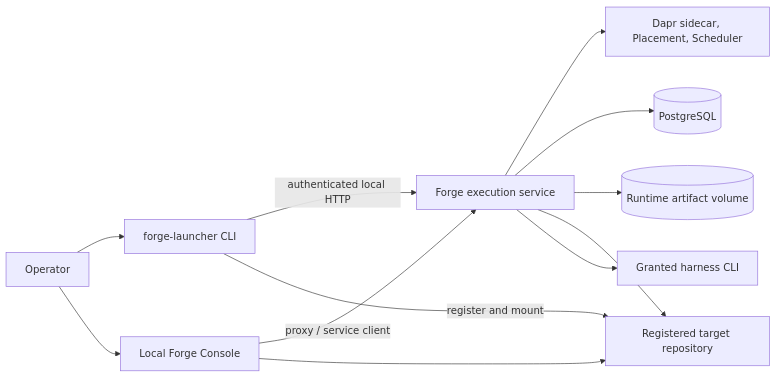
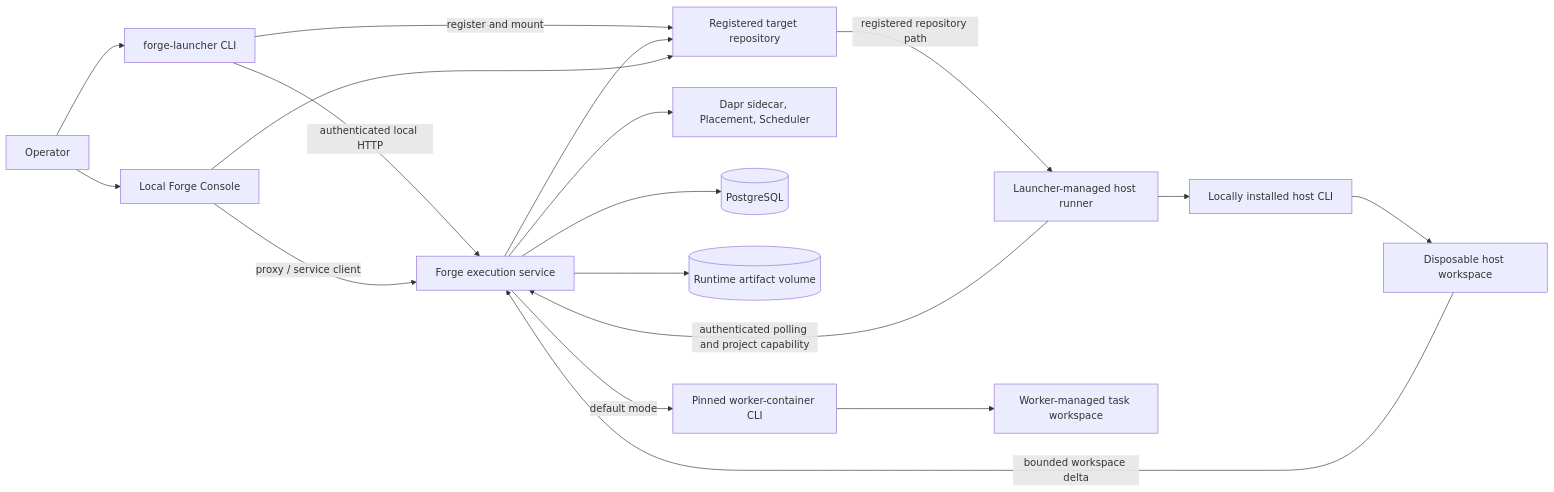
Before and after one commit to McFuzzySquirrel/my-forge: the diagram in Project_Architecture_Blueprint.md, drawn with Mermaid. The commit also changed other lines of this file and 9 other files, not shown here.

````diff
--- a/Project_Architecture_Blueprint.md
+++ b/Project_Architecture_Blueprint.md
@@ -51,24 +66,34 @@
 ```mermaid
 flowchart LR
     Operator[Operator]
     Repo[Registered target repository]
     Launcher[forge-launcher CLI]
     Console[Local Forge Console]
     Service[Forge execution service]
     Dapr[Dapr sidecar, Placement, Scheduler]
     DB[(PostgreSQL)]
     Files[(Runtime artifact volume)]
-    Harness[Granted harness CLI]
+    WorkerHarness[Pinned worker-container CLI]
+    HostRunner[Launcher-managed host runner]
+    HostHarness[Locally installed host CLI]
+    WorkerWorkspace[Worker-managed task workspace]
+    HostWorkspace[Disposable host workspace]
 
     Operator --> Launcher
     Operator --> Console
     Launcher -->|authenticated local HTTP| Service
     Console -->|proxy / service client| Service
     Launcher -->|register and mount| Repo
     Service --> Dapr
     Service --> DB
     Service --> Files
     Service --> Repo
-    Service --> Harness
+    Service -->|default mode| WorkerHarness
+    WorkerHarness --> WorkerWorkspace
+    HostRunner -->|authenticated polling and project capability| Service
+    Repo -->|registered repository path| HostRunner
+    HostRunner --> HostHarness
+    HostHarness --> HostWorkspace
+    HostWorkspace -->|bounded workspace delta| Service
     Console --> Repo
 ```
````
